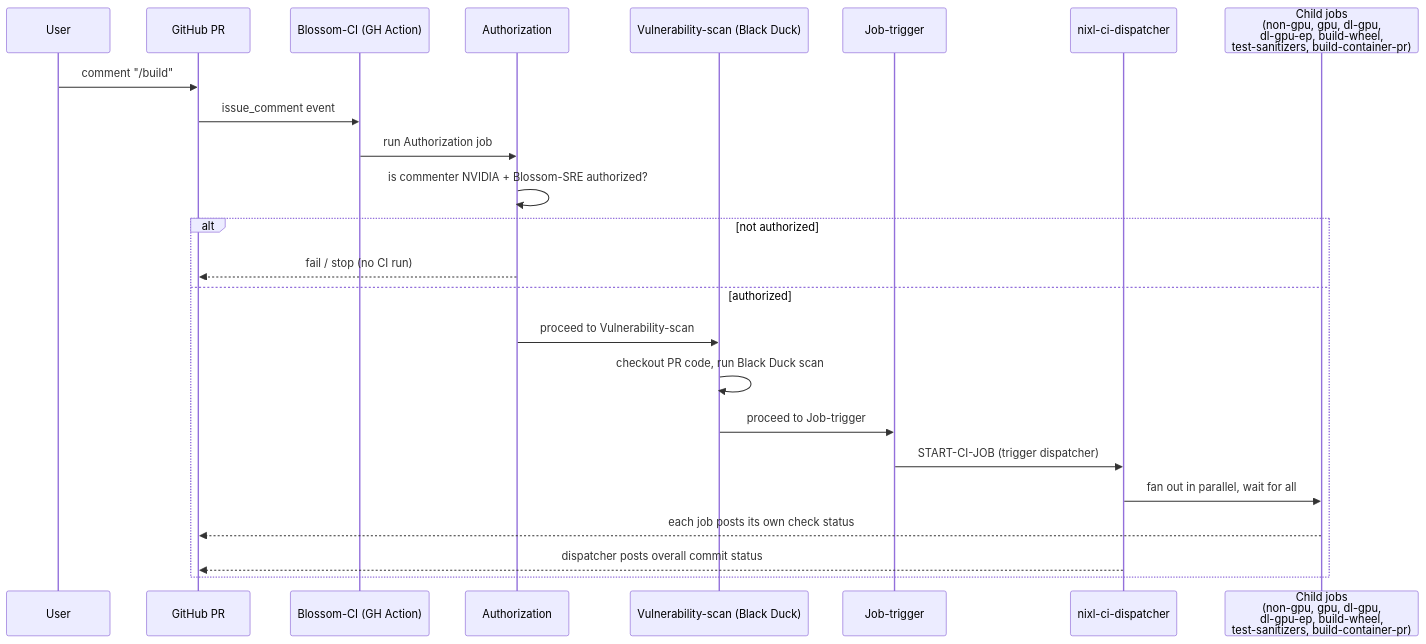
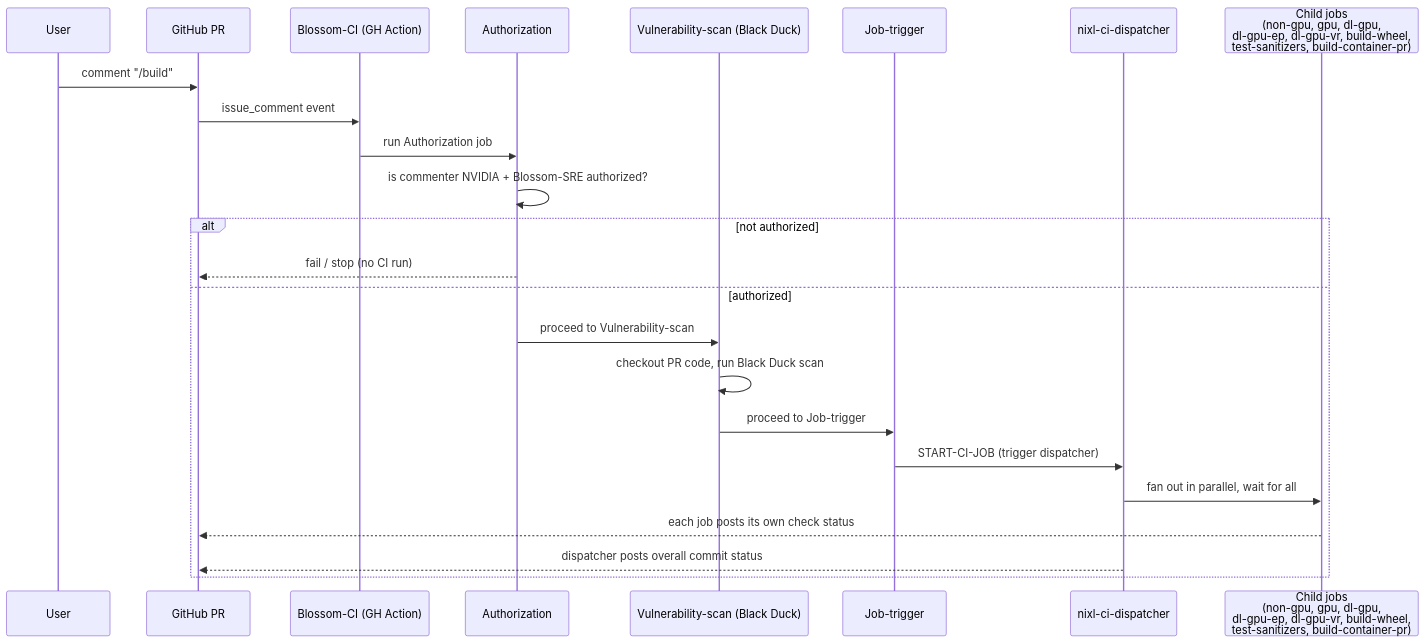
The diagram in .ci/docs/ci-overview.md (alokprasad/nixl), drawn with Mermaid before and after one commit. The commit also changed other lines of this file and 4 other files, not shown here.

````diff
--- a/.ci/docs/ci-overview.md
+++ b/.ci/docs/ci-overview.md
@@ -94,27 +94,27 @@
 ```mermaid
 sequenceDiagram
     participant User
     participant GH as GitHub PR
     participant Blossom as Blossom-CI (GH Action)
     participant Auth as Authorization
     participant Scan as Vulnerability-scan (Black Duck)
     participant Trigger as Job-trigger
     participant Jenkins as nixl-ci-dispatcher
-    participant Children as Child jobs<br/>(non-gpu, gpu, dl-gpu,<br/>dl-gpu-ep, build-wheel,<br/>test-sanitizers, build-container-pr)
+    participant Children as Child jobs<br/>(non-gpu, gpu, dl-gpu,<br/>dl-gpu-ep, dl-gpu-vr, build-wheel,<br/>test-sanitizers, build-container-pr)
 
     User->>GH: comment "/build"
     GH->>Blossom: issue_comment event
     Blossom->>Auth: run Authorization job
     Auth->>Auth: is commenter NVIDIA + Blossom-SRE authorized?
     alt not authorized
         Auth-->>GH: fail / stop (no CI run)
     else authorized
         Auth->>Scan: proceed to Vulnerability-scan
         Scan->>Scan: checkout PR code, run Black Duck scan
         Scan->>Trigger: proceed to Job-trigger
         Trigger->>Jenkins: START-CI-JOB (trigger dispatcher)
         Jenkins->>Children: fan out in parallel, wait for all
         Children-->>GH: each job posts its own check status
         Jenkins-->>GH: dispatcher posts overall commit status
     end
 ```
````
